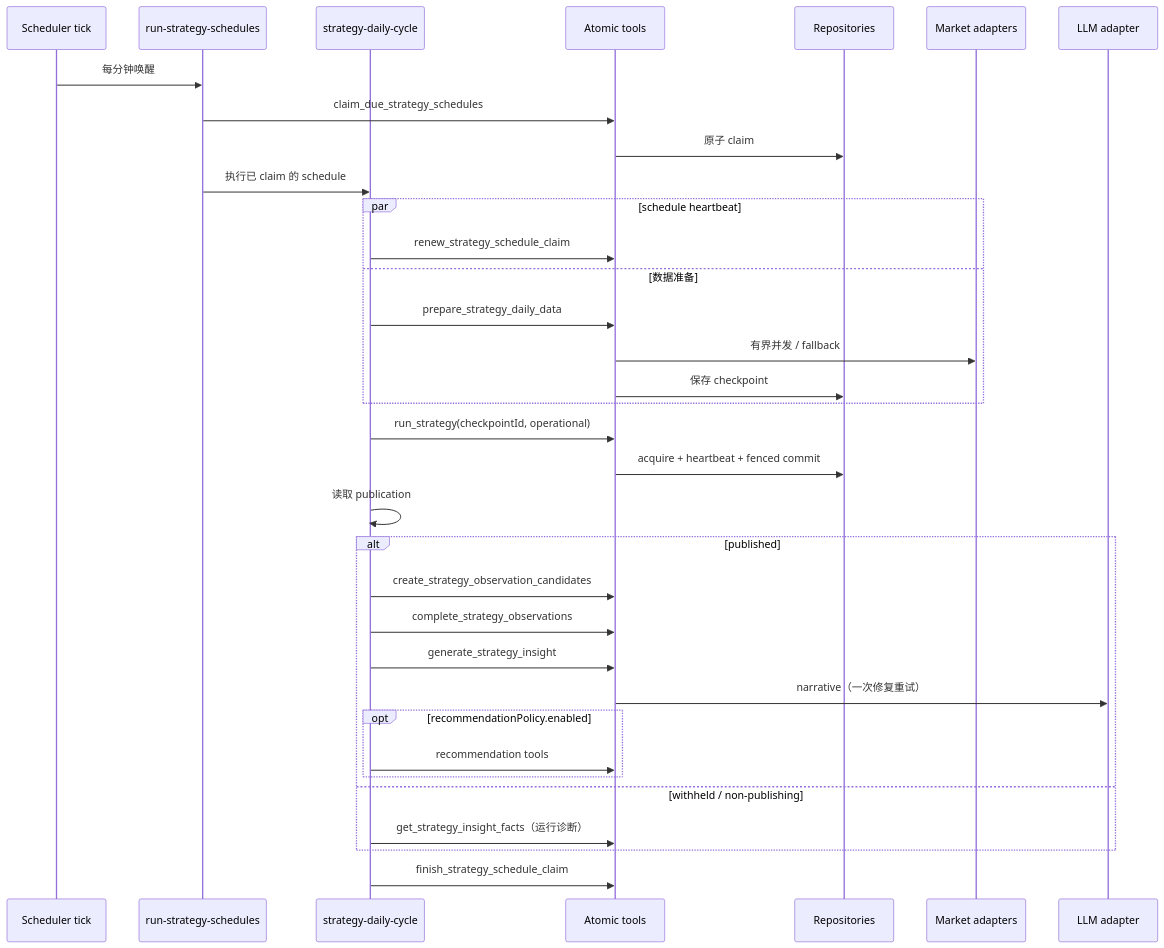
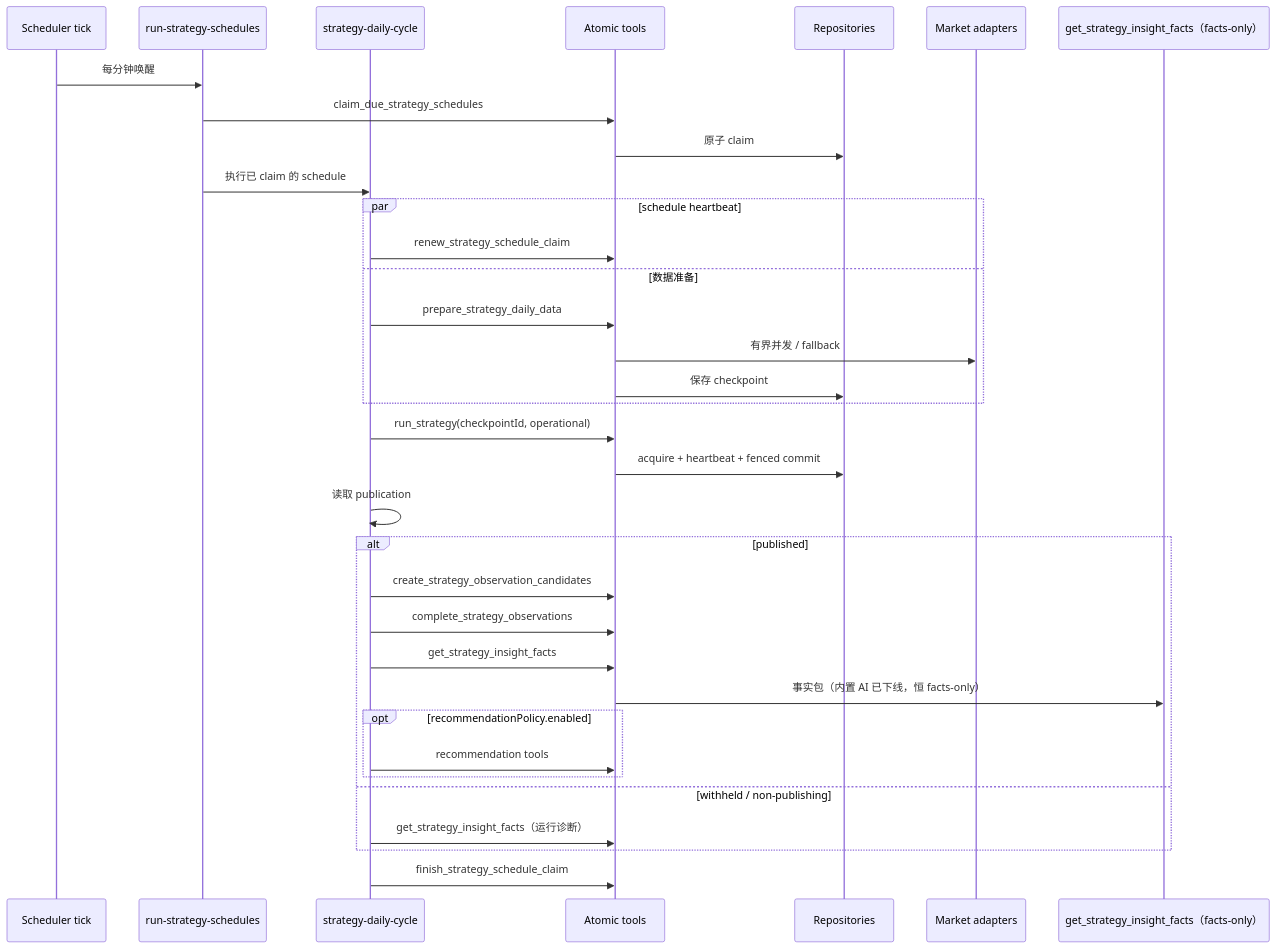
Before and after one commit to KowL/luoome: the first of 2 diagrams in docs/ddd/strategy-daily-cycle-and-replay-detailed-design.md, drawn with Mermaid. The commit also changed other lines of this file and 58 other files, not shown here.

First line of the commit message:
docs(dsh): 按现状清理文档，补实体关系图与工具库存

````diff
--- a/docs/ddd/strategy-daily-cycle-and-replay-detailed-design.md
+++ b/docs/ddd/strategy-daily-cycle-and-replay-detailed-design.md
@@ -122,37 +122,37 @@
 ```mermaid
 sequenceDiagram
   participant Tick as Scheduler tick
   participant Dispatch as run-strategy-schedules
   participant Cycle as strategy-daily-cycle
   participant Tools as Atomic tools
   participant Repo as Repositories
   participant Market as Market adapters
-  participant LLM as LLM adapter
+  participant Facts as get_strategy_insight_facts（facts-only）
 
   Tick->>Dispatch: 每分钟唤醒
   Dispatch->>Tools: claim_due_strategy_schedules
   Tools->>Repo: 原子 claim
   Dispatch->>Cycle: 执行已 claim 的 schedule
   par schedule heartbeat
     Cycle->>Tools: renew_strategy_schedule_claim
   and 数据准备
     Cycle->>Tools: prepare_strategy_daily_data
     Tools->>Market: 有界并发 / fallback
     Tools->>Repo: 保存 checkpoint
   end
   Cycle->>Tools: run_strategy(checkpointId, operational)
   Tools->>Repo: acquire + heartbeat + fenced commit
   Cycle->>Cycle: 读取 publication
   alt published
     Cycle->>Tools: create_strategy_observation_candidates
     Cycle->>Tools: complete_strategy_observations
-    Cycle->>Tools: generate_strategy_insight
-    Tools->>LLM: narrative（一次修复重试）
+    Cycle->>Tools: get_strategy_insight_facts
+    Tools->>Facts: 事实包（内置 AI 已下线，恒 facts-only）
     opt recommendationPolicy.enabled
       Cycle->>Tools: recommendation tools
     end
   else withheld / non-publishing
     Cycle->>Tools: get_strategy_insight_facts（运行诊断）
   end
   Cycle->>Tools: finish_strategy_schedule_claim
 ```
````
